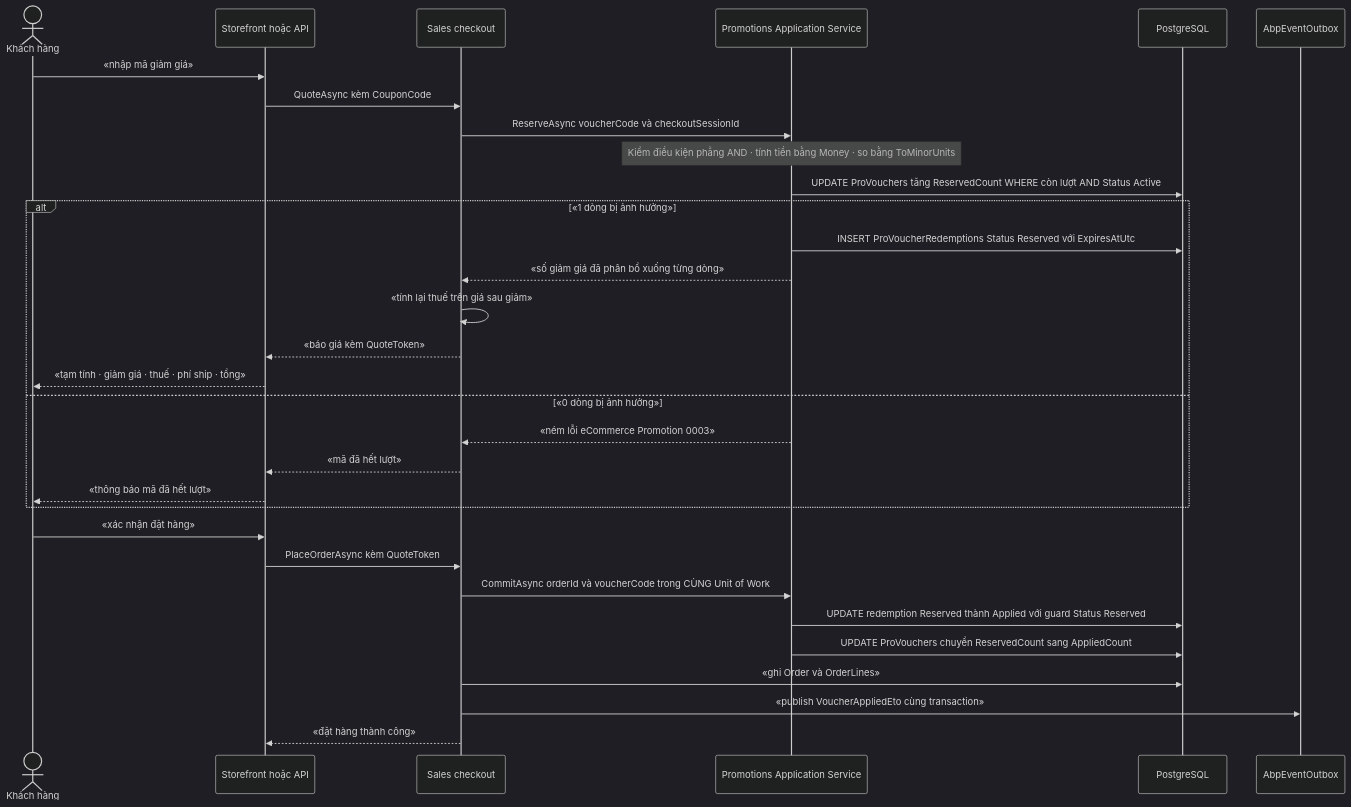
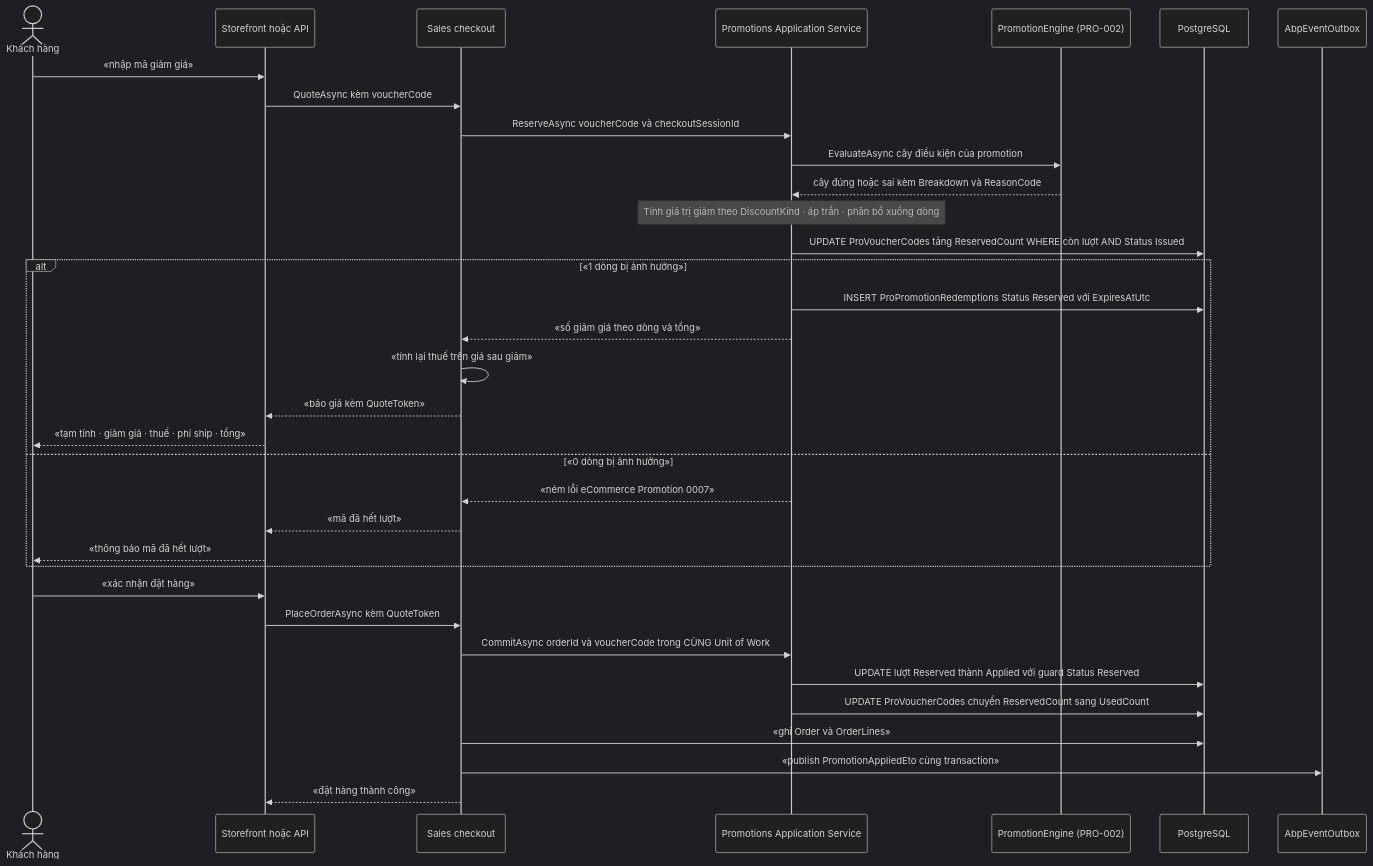
Before and after one commit to hungnt9801/eCommerce: the third of 3 diagrams in docs/features/pro-001-voucher-coupon.md, drawn with Mermaid (dark theme). The commit also changed other lines of this file, not shown here.

````diff
--- a/docs/features/pro-001-voucher-coupon.md
+++ b/docs/features/pro-001-voucher-coupon.md
@@ -224,34 +255,37 @@
 ```mermaid
 sequenceDiagram
     actor KH as Khách hàng
     participant WEB as Storefront hoặc API
     participant SAL as Sales checkout
     participant PRO as Promotions Application Service
+    participant ENG as PromotionEngine (PRO-002)
     participant DB as PostgreSQL
     participant OUT as AbpEventOutbox
 
     KH->>WEB: «nhập mã giảm giá»
-    WEB->>SAL: QuoteAsync kèm CouponCode
+    WEB->>SAL: QuoteAsync kèm voucherCode
     SAL->>PRO: ReserveAsync voucherCode và checkoutSessionId
-    Note over PRO: Kiểm điều kiện phẳng AND · tính tiền bằng Money · so bằng ToMinorUnits
-    PRO->>DB: UPDATE ProVouchers tăng ReservedCount WHERE còn lượt AND Status Active
+    PRO->>ENG: EvaluateAsync cây điều kiện của promotion
+    ENG-->>PRO: cây đúng hoặc sai kèm Breakdown và ReasonCode
+    Note over PRO: Tính giá trị giảm theo DiscountKind · áp trần · phân bổ xuống dòng
+    PRO->>DB: UPDATE ProVoucherCodes tăng ReservedCount WHERE còn lượt AND Status Issued
     alt «1 dòng bị ảnh hưởng»
-        PRO->>DB: INSERT ProVoucherRedemptions Status Reserved với ExpiresAtUtc
-        PRO-->>SAL: «số giảm giá đã phân bổ xuống từng dòng»
+        PRO->>DB: INSERT ProPromotionRedemptions Status Reserved với ExpiresAtUtc
+        PRO-->>SAL: «số giảm giá theo dòng và tổng»
         SAL->>SAL: «tính lại thuế trên giá sau giảm»
         SAL-->>WEB: «báo giá kèm QuoteToken»
         WEB-->>KH: «tạm tính · giảm giá · thuế · phí ship · tổng»
     else «0 dòng bị ảnh hưởng»
-        PRO-->>SAL: «ném lỗi eCommerce Promotion 0003»
+        PRO-->>SAL: «ném lỗi eCommerce Promotion 0007»
         SAL-->>WEB: «mã đã hết lượt»
         WEB-->>KH: «thông báo mã đã hết lượt»
     end
     KH->>WEB: «xác nhận đặt hàng»
     WEB->>SAL: PlaceOrderAsync kèm QuoteToken
     SAL->>PRO: CommitAsync orderId và voucherCode trong CÙNG Unit of Work
-    PRO->>DB: UPDATE redemption Reserved thành Applied với guard Status Reserved
-    PRO->>DB: UPDATE ProVouchers chuyển ReservedCount sang AppliedCount
+    PRO->>DB: UPDATE lượt Reserved thành Applied với guard Status Reserved
+    PRO->>DB: UPDATE ProVoucherCodes chuyển ReservedCount sang UsedCount
     SAL->>DB: «ghi Order và OrderLines»
-    SAL->>OUT: «publish VoucherAppliedEto cùng transaction»
+    SAL->>OUT: «publish PromotionAppliedEto cùng transaction»
     SAL-->>WEB: «đặt hàng thành công»
 ```
````
